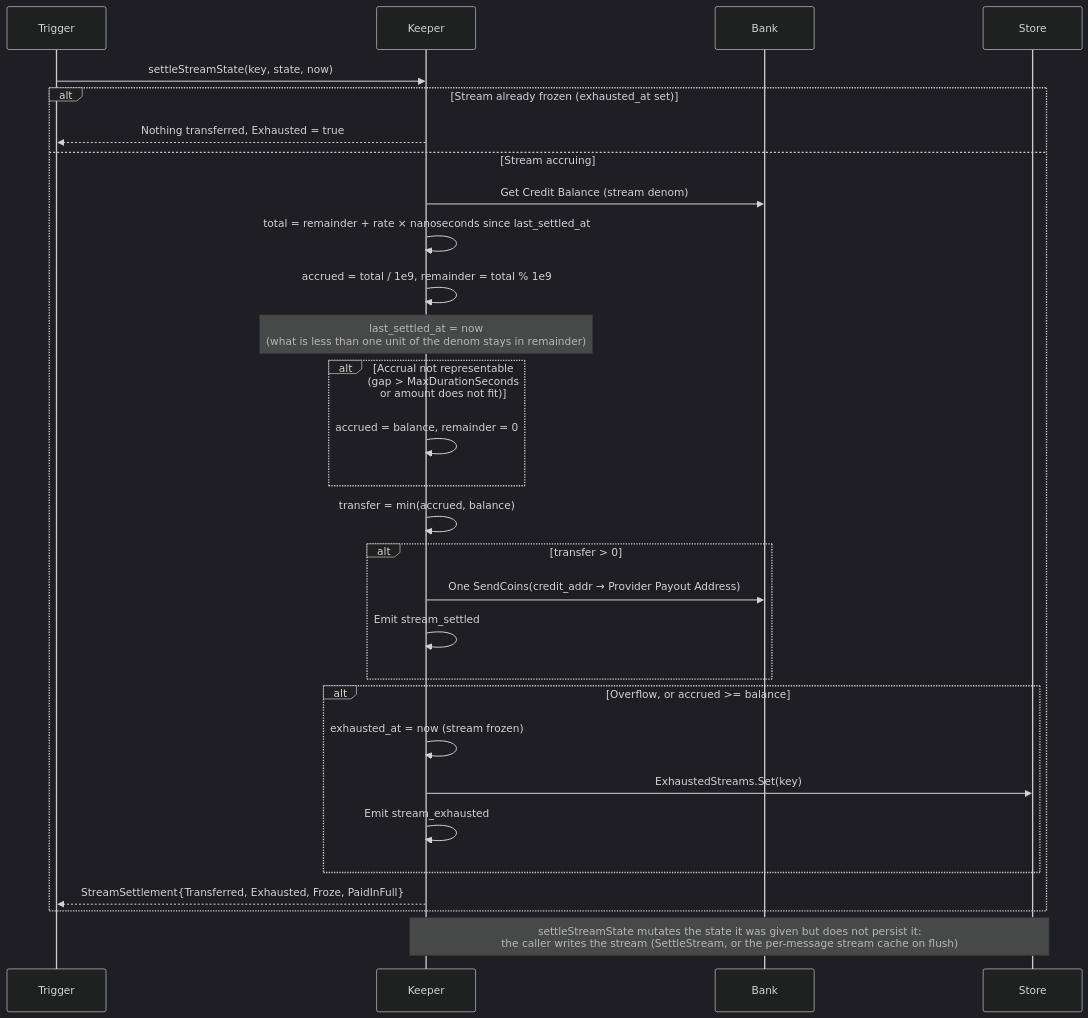
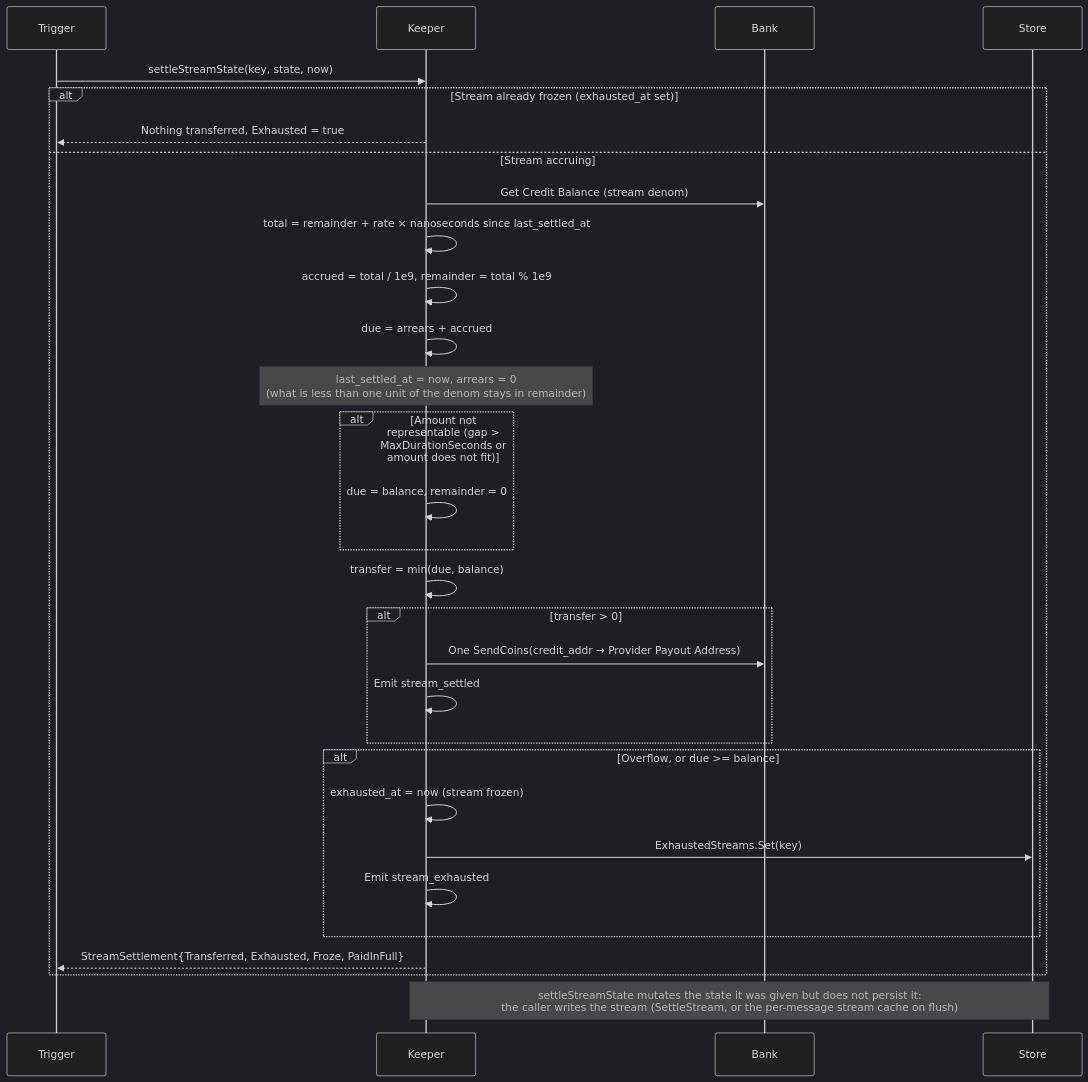
The ninth of 13 diagrams in x/billing/docs/ARCHITECTURE.md (manifest-network/manifest-ledger), drawn with Mermaid (dark theme) before and after one commit. The commit also changed other lines of this file and 24 other files, not shown here.

````diff
--- a/x/billing/docs/ARCHITECTURE.md
+++ b/x/billing/docs/ARCHITECTURE.md
@@ -465,39 +467,40 @@
 ```mermaid
 sequenceDiagram
     participant Trigger
     participant Keeper
     participant Bank
     participant Store
     
     Trigger->>Keeper: settleStreamState(key, state, now)
     
     alt Stream already frozen (exhausted_at set)
         Keeper-->>Trigger: Nothing transferred, Exhausted = true
     else Stream accruing
         Keeper->>Bank: Get Credit Balance (stream denom)
         Keeper->>Keeper: total = remainder + rate × nanoseconds since last_settled_at
         Keeper->>Keeper: accrued = total / 1e9, remainder = total % 1e9
-        Note over Keeper: last_settled_at = now<br/>(what is less than one unit of the denom stays in remainder)
+        Keeper->>Keeper: due = arrears + accrued
+        Note over Keeper: last_settled_at = now, arrears = 0<br/>(what is less than one unit of the denom stays in remainder)
         
-        alt Accrual not representable (gap > MaxDurationSeconds or amount does not fit)
-            Keeper->>Keeper: accrued = balance, remainder = 0
+        alt Amount not representable (gap > MaxDurationSeconds or amount does not fit)
+            Keeper->>Keeper: due = balance, remainder = 0
         end
         
-        Keeper->>Keeper: transfer = min(accrued, balance)
+        Keeper->>Keeper: transfer = min(due, balance)
         
         alt transfer > 0
             Keeper->>Bank: One SendCoins(credit_addr → Provider Payout Address)
             Keeper->>Keeper: Emit stream_settled
         end
         
-        alt Overflow, or accrued >= balance
+        alt Overflow, or due >= balance
             Keeper->>Keeper: exhausted_at = now (stream frozen)
             Keeper->>Store: ExhaustedStreams.Set(key)
             Keeper->>Keeper: Emit stream_exhausted
         end
         
         Keeper-->>Trigger: StreamSettlement{Transferred, Exhausted, Froze, PaidInFull}
     end
     
     Note over Keeper,Store: settleStreamState mutates the state it was given but does not persist it:<br/>the caller writes the stream (SettleStream, or the per-message stream cache on flush)
 ```
````
